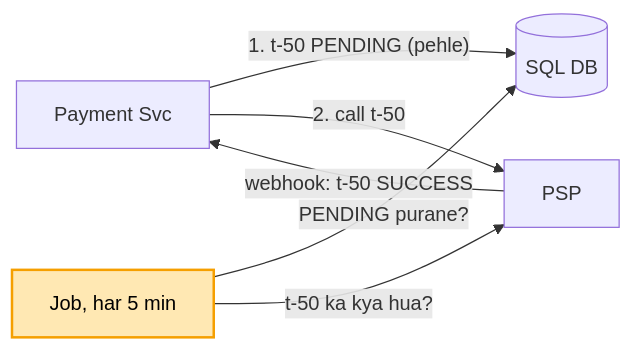
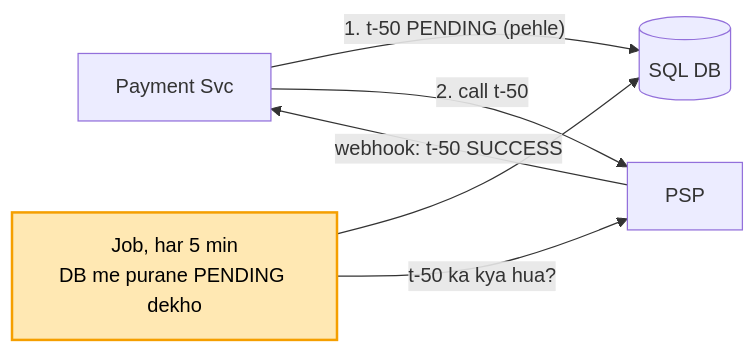
The third of 6 diagrams in 04_HLD/SYSTEM_DESIGNS/06_payment_system/06_payment_system.md (ArpanMaheshwari144/Prep), drawn with Mermaid before and after one commit.

Commit message:
payment: kadam 4 diagram saaf (label upar-neeche chadh rahe the)

````diff
--- a/04_HLD/SYSTEM_DESIGNS/06_payment_system/06_payment_system.md
+++ b/04_HLD/SYSTEM_DESIGNS/06_payment_system/06_payment_system.md
@@ -157,9 +157,9 @@
 ```mermaid
 flowchart LR
     S["Payment Svc"] -- "1. t-50 PENDING (pehle)" --> D[("SQL DB")]
     S -- "2. call t-50" --> P["PSP"]
     P -- "webhook: t-50 SUCCESS" --> S
-    J["Job, har 5 min"] -- "PENDING purane?" --> D
+    J["Job, har 5 min<br/>DB me purane PENDING dekho"] --> D
     J -- "t-50 ka kya hua?" --> P
     style J fill:#ffe8b3,stroke:#f59f00,stroke-width:2px,color:#000
 ```
````
